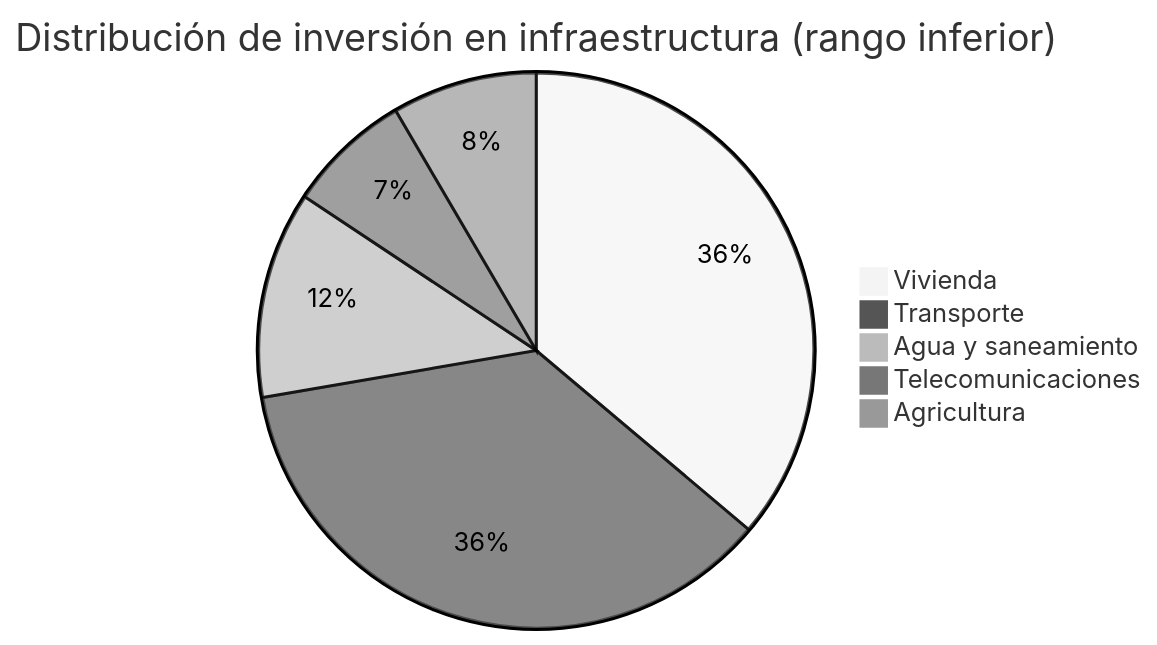
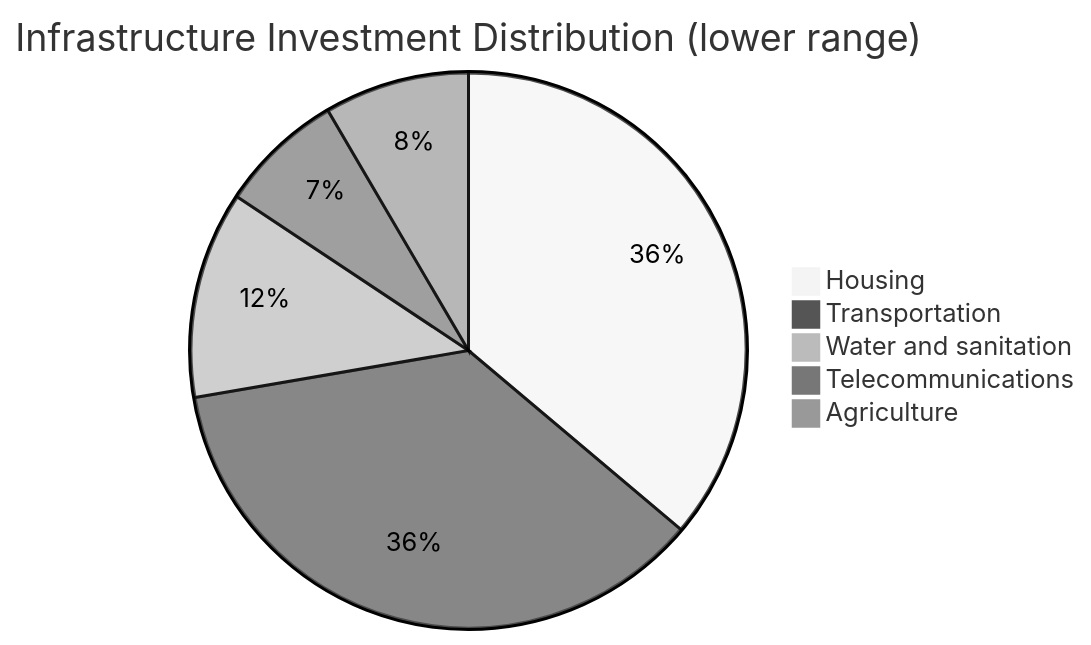
One commit to Venezuela-S-A/venezuela-sa changed the second of 2 diagrams in i18n/en/docusaurus-plugin-content-docs/current/06-realidad/infraestructura-basica.md. Above: the diagram before and after it, drawn with Mermaid (neutral theme). The commit also changed other lines of this file and 127 other files, not shown here.

````diff
--- a/i18n/en/docusaurus-plugin-content-docs/current/06-realidad/infraestructura-basica.md
+++ b/i18n/en/docusaurus-plugin-content-docs/current/06-realidad/infraestructura-basica.md
@@ -160,8 +160,8 @@
 ```mermaid
-pie title Distribución de inversión en infraestructura (rango inferior)
-    "Vivienda" : 15
-    "Transporte" : 15
-    "Agua y saneamiento" : 5
-    "Telecomunicaciones" : 3
-    "Agricultura" : 3.5
+pie title Infrastructure Investment Distribution (lower range)
+    "Housing" : 15
+    "Transportation" : 15
+    "Water and sanitation" : 5
+    "Telecommunications" : 3
+    "Agriculture" : 3.5
 ```
````
